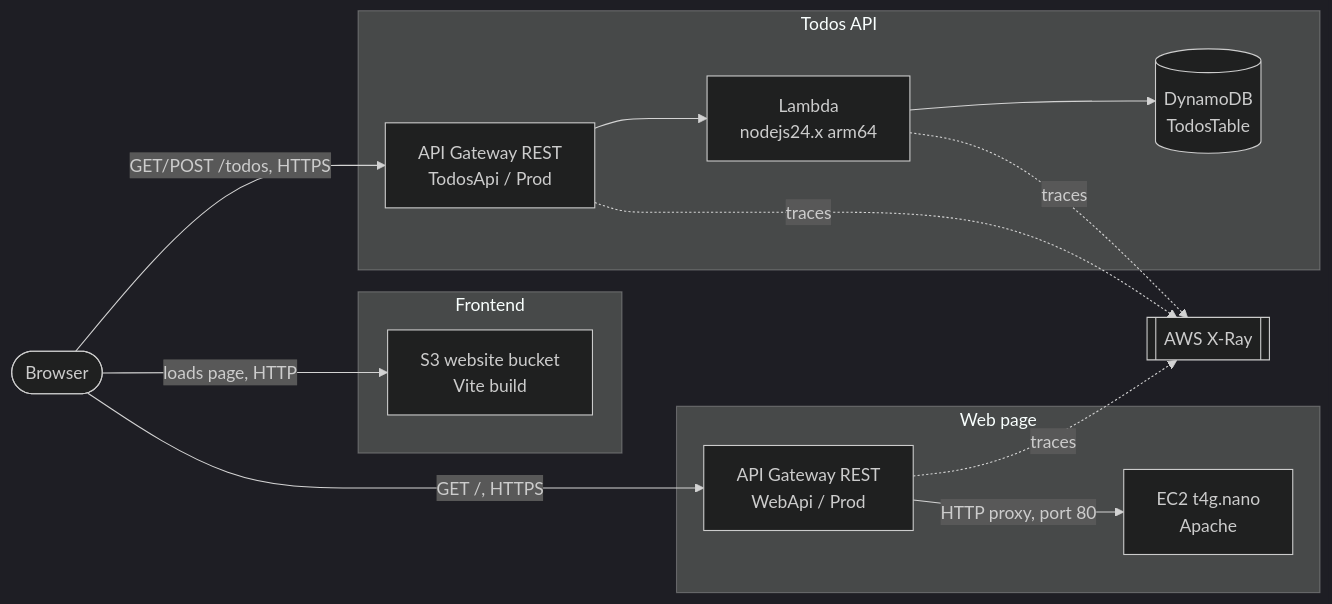
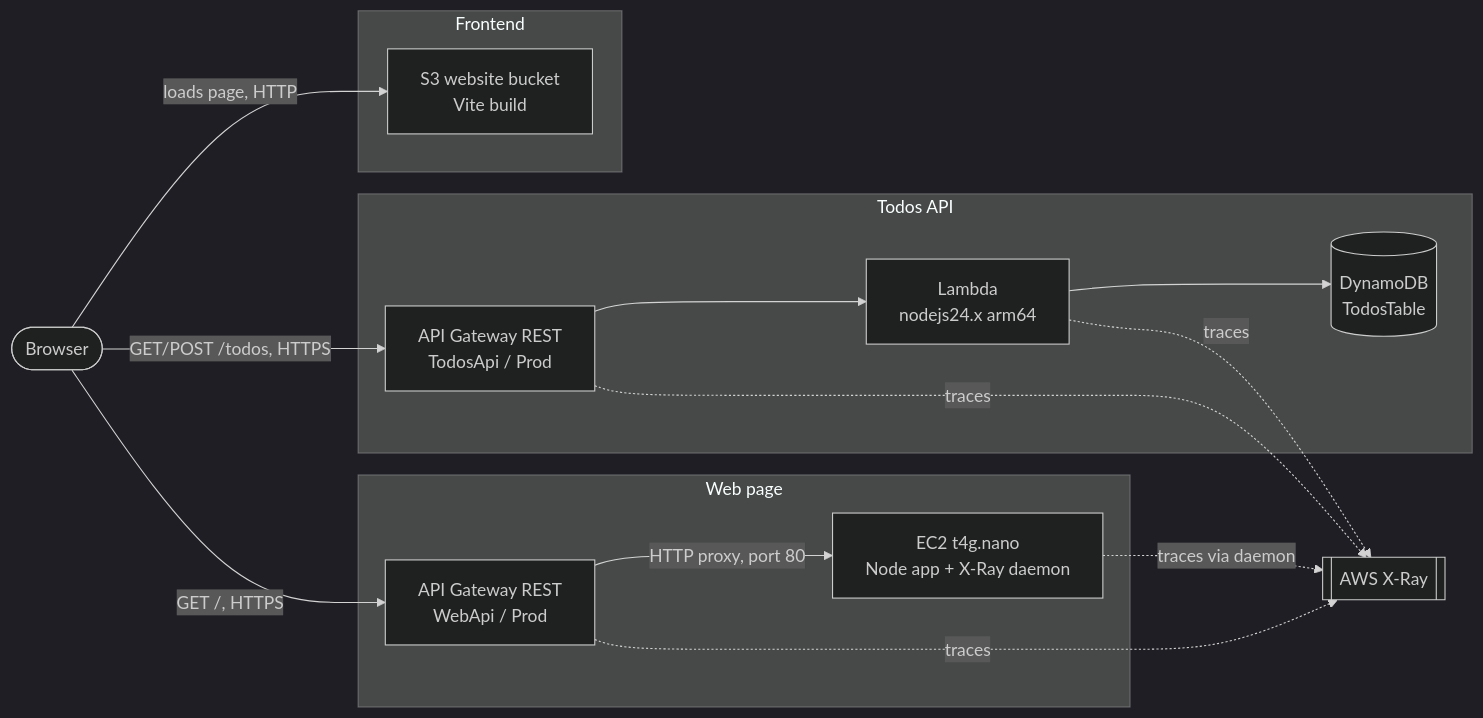
One commit to juan19932carlos/aws-xray-example changed the first of 2 diagrams in architecture/infrastructure.md. Above: the diagram before and after it, drawn with Mermaid (dark theme). The commit also changed other lines of this file and 5 other files, not shown here.

Commit message:
feat: automate EC2 setup, X-Ray policy and app deploy

````diff
--- a/architecture/infrastructure.md
+++ b/architecture/infrastructure.md
@@ -7,31 +7,32 @@
 ```mermaid
 flowchart LR
     Browser([Browser])
 
     subgraph Frontend
         S3[S3 website bucket<br/>Vite build]
     end
 
     subgraph "Todos API"
         TodosApi[API Gateway REST<br/>TodosApi / Prod]
         Lambda[Lambda<br/>nodejs24.x arm64]
         DDB[(DynamoDB<br/>TodosTable)]
     end
 
     subgraph "Web page"
         WebApi[API Gateway REST<br/>WebApi / Prod]
-        EC2[EC2 t4g.nano<br/>Apache]
+        EC2[EC2 t4g.nano<br/>Node app + X-Ray daemon]
     end
 
     XRay[[AWS X-Ray]]
 
     Browser -->|loads page, HTTP| S3
     Browser -->|GET/POST /todos, HTTPS| TodosApi
     TodosApi --> Lambda --> DDB
     Browser -->|GET /, HTTPS| WebApi
     WebApi -->|HTTP proxy, port 80| EC2
 
     TodosApi -.traces.-> XRay
     Lambda -.traces.-> XRay
     WebApi -.traces.-> XRay
+    EC2 -.traces via daemon.-> XRay
 ```
````
